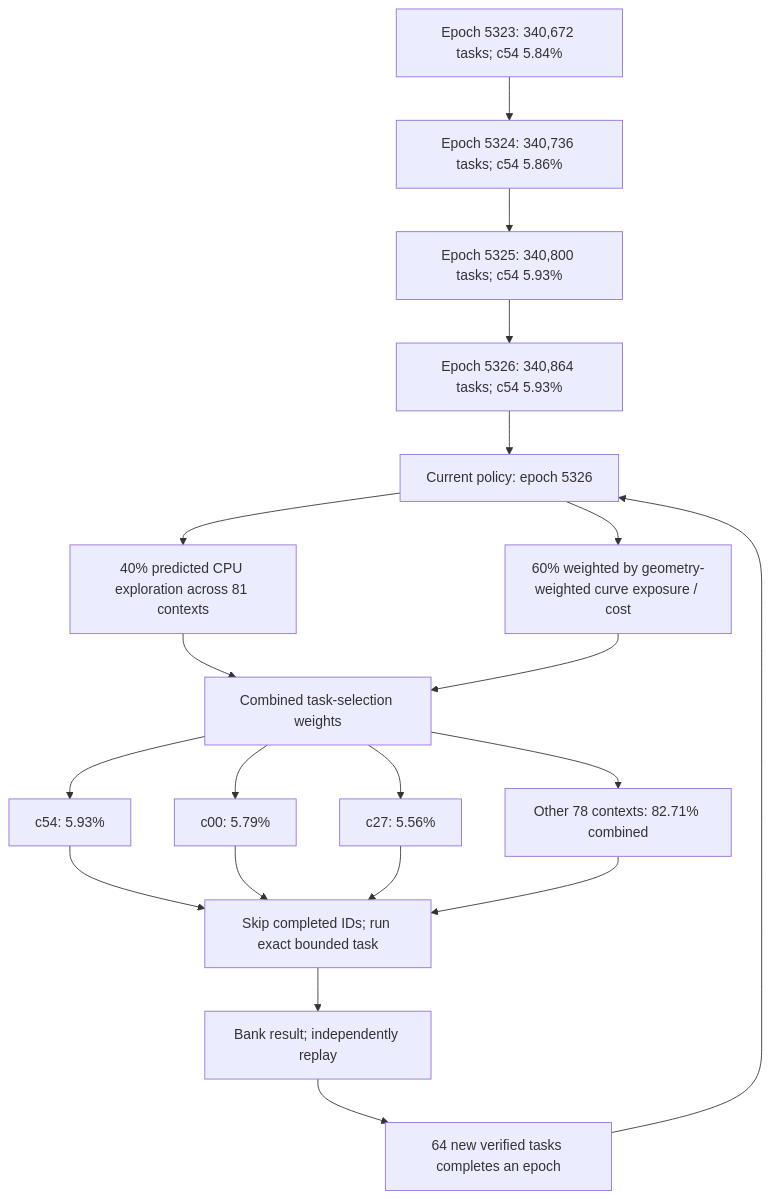
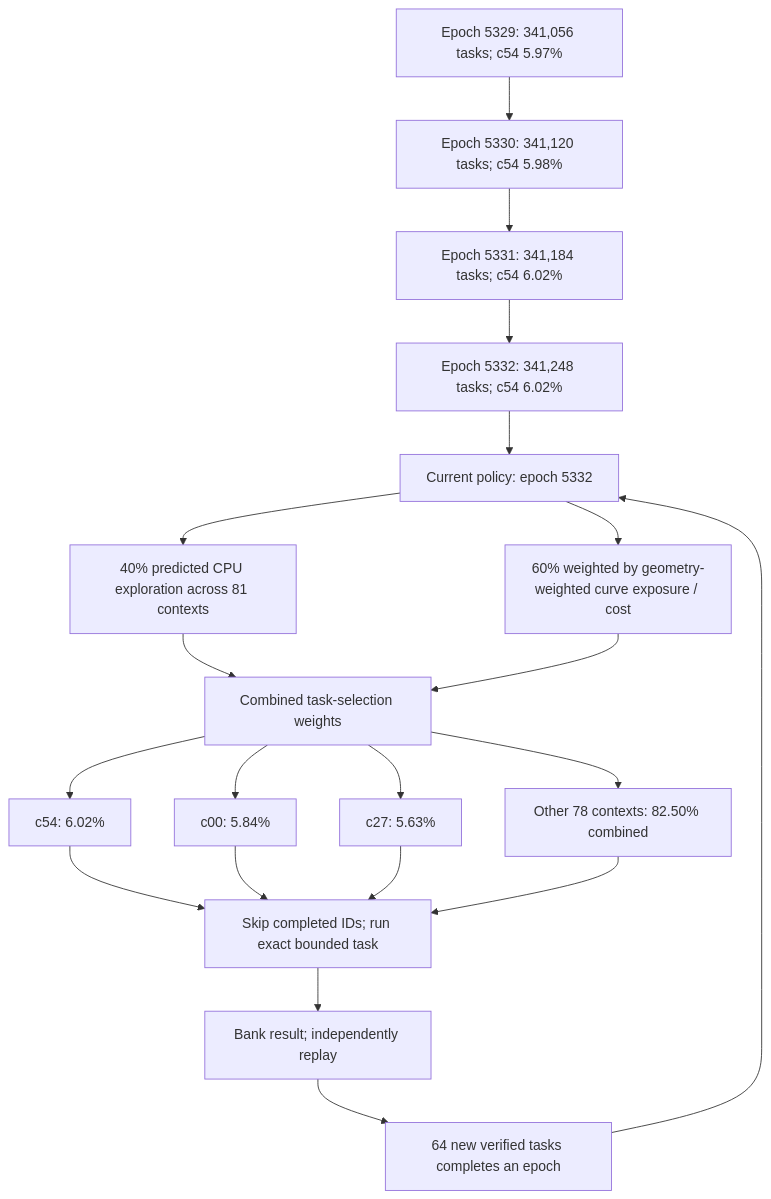
One commit to Kuberwastaken/math-gambling changed the first of 3 diagrams in README.md. Above: the diagram before and after it, drawn with Mermaid. The commit also changed other lines of this file and 1343 other files, not shown here.

````diff
--- a/README.md
+++ b/README.md
@@ -60,27 +60,27 @@
 ```mermaid
 flowchart TD
-    H0["Epoch 5323: 340,672 tasks; c54 5.84%"]
-    H1["Epoch 5324: 340,736 tasks; c54 5.86%"]
+    H0["Epoch 5329: 341,056 tasks; c54 5.97%"]
+    H1["Epoch 5330: 341,120 tasks; c54 5.98%"]
     H0 --> H1
-    H2["Epoch 5325: 340,800 tasks; c54 5.93%"]
+    H2["Epoch 5331: 341,184 tasks; c54 6.02%"]
     H1 --> H2
-    H3["Epoch 5326: 340,864 tasks; c54 5.93%"]
+    H3["Epoch 5332: 341,248 tasks; c54 6.02%"]
     H2 --> H3
-    Policy["Current policy: epoch 5326"]
+    Policy["Current policy: epoch 5332"]
     H3 --> Policy
     Policy --> Explore["40% predicted CPU exploration across 81 contexts"]
     Policy --> Cost["60% weighted by geometry-weighted curve exposure / cost"]
     Explore --> Mix["Combined task-selection weights"]
     Cost --> Mix
-    Mix --> C0["c54: 5.93%"]
-    Mix --> C1["c00: 5.79%"]
-    Mix --> C2["c27: 5.56%"]
-    Mix --> Rest["Other 78 contexts: 82.71% combined"]
+    Mix --> C0["c54: 6.02%"]
+    Mix --> C1["c00: 5.84%"]
+    Mix --> C2["c27: 5.63%"]
+    Mix --> Rest["Other 78 contexts: 82.50% combined"]
     C0 --> Check["Skip completed IDs; run exact bounded task"]
     C1 --> Check
     C2 --> Check
     Rest --> Check
     Check --> Replay["Bank result; independently replay"]
     Replay --> Gate["64 new verified tasks completes an epoch"]
     Gate --> Policy
 ```
````
